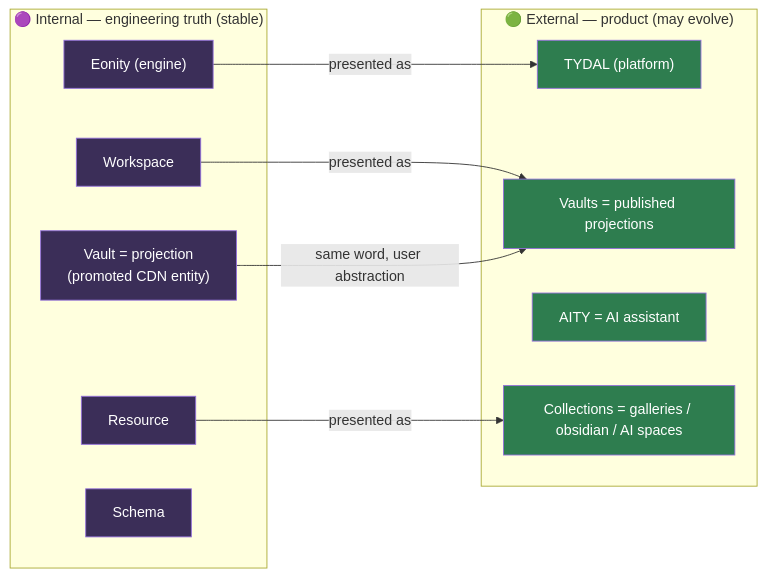
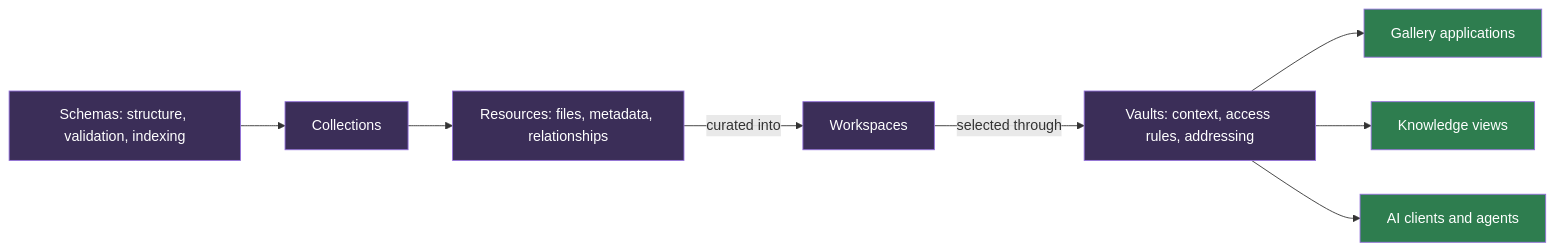
One commit to eonity-org/tydal changed the fourth of 4 diagrams in docs/architecture/SYSTEM_DIAGRAM.md. Above: the diagram before and after it, drawn with Mermaid. The commit also changed other lines of this file and 9 other files, not shown here.

````diff
--- a/docs/architecture/SYSTEM_DIAGRAM.md
+++ b/docs/architecture/SYSTEM_DIAGRAM.md
@@ -132,27 +132,15 @@
 ```mermaid
 flowchart LR
-    subgraph INT["🟣 Internal — engineering truth (stable)"]
-        EON["Eonity (engine)"]
-        WS["Workspace"]
-        VA["Vault = projection<br/>(promoted CDN entity)"]
-        RE["Resource"]
-        SC["Schema"]
-    end
+    SC["Schemas: structure, validation, indexing"] --> COLL["Collections"]
+    COLL --> RE["Resources: files, metadata, relationships"]
+    RE -->|curated into| WS["Workspaces"]
+    WS -->|selected through| VA["Vaults: context, access rules, addressing"]
+    VA --> GALLERY["Gallery applications"]
+    VA --> KNOWLEDGE["Knowledge views"]
+    VA --> AI["AI clients and agents"]
 
-    subgraph EXT["🟢 External — product (may evolve)"]
-        TY["TYDAL (platform)"]
-        VAULTS["Vaults = published projections"]
-        AITYX["AITY = AI assistant"]
-        COLL["Collections = galleries / obsidian / AI spaces"]
-    end
-
-    EON -->|presented as| TY
-    WS -->|presented as| VAULTS
-    VA -->|same word, user abstraction| VAULTS
-    RE -->|presented as| COLL
-
-    classDef int fill:#3b2e58,color:#fff;
-    classDef ext fill:#2e7d4f,color:#fff;
-    class EON,WS,VA,RE,SC int;
-    class TY,VAULTS,AITYX,COLL ext;
+    classDef core fill:#3b2e58,color:#fff;
+    classDef experience fill:#2e7d4f,color:#fff;
+    class SC,COLL,RE,WS,VA core;
+    class GALLERY,KNOWLEDGE,AI experience;
 ```
````
